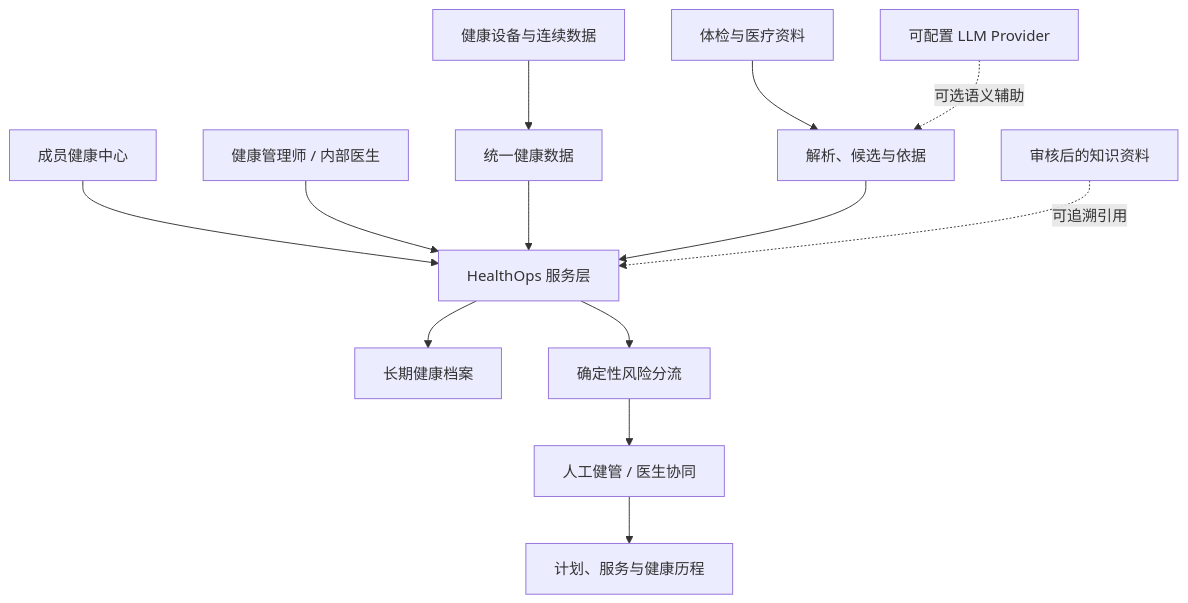
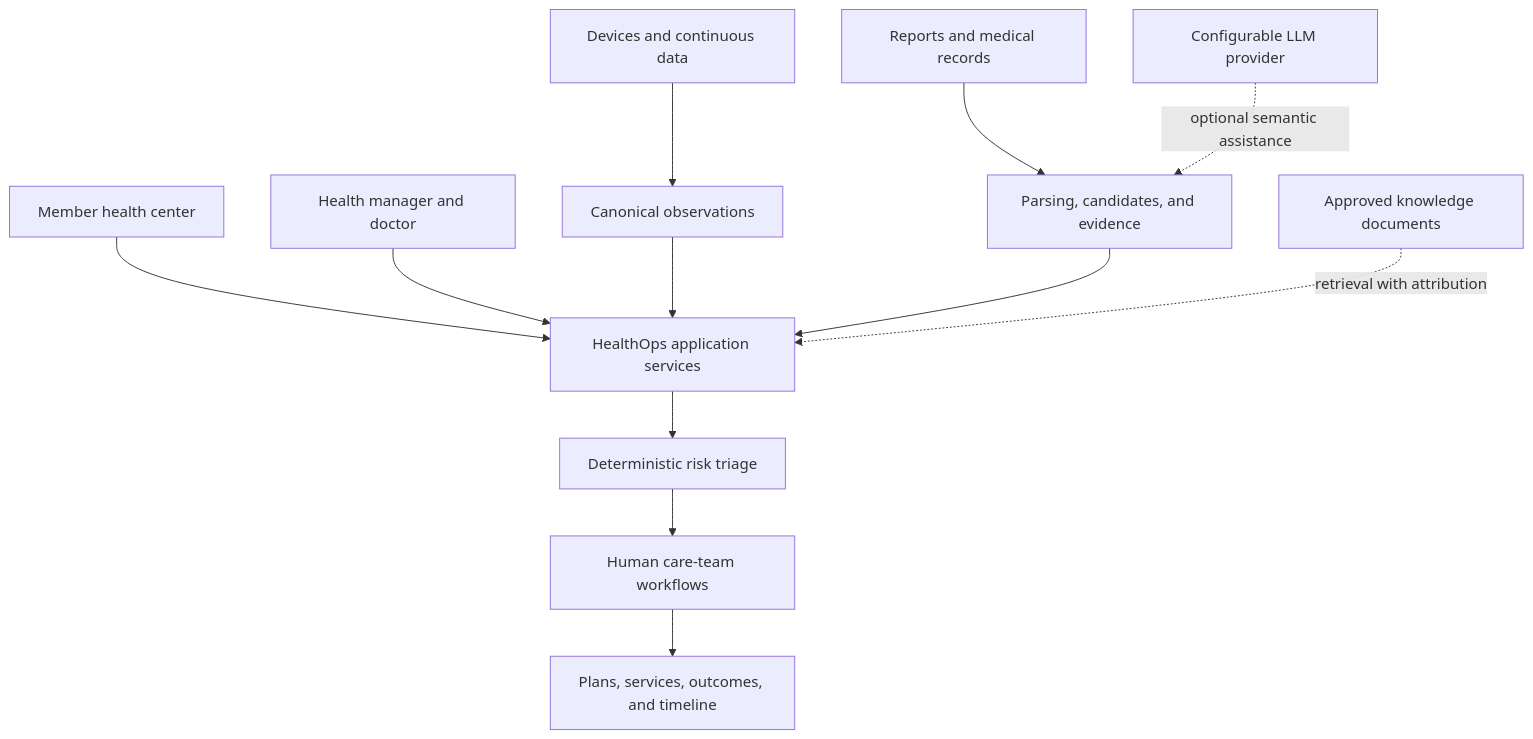
Before and after one commit to KaedeharaT/executive-healthops: the second of 2 diagrams in README.md, drawn with Mermaid. The commit also changed other lines of this file and 8 other files, not shown here.

Commit message:
Improve portfolio presentation and modularize HealthOps UI

````diff
--- a/README.md
+++ b/README.md
@@ -93,15 +64,14 @@
 ```mermaid
 flowchart TB
-    M[成员健康中心] --> P[HealthOps 服务层]
-    O[健康管理师 / 内部医生] --> P
-    D[健康设备与连续数据] --> C[统一健康数据]
-    R[体检与医疗资料] --> X[解析、候选与依据]
-    L[可配置 LLM Provider] -.可选语义辅助.-> X
+    M[Member health center] --> P[HealthOps application services]
+    O[Health manager and doctor] --> P
+    D[Devices and continuous data] --> C[Canonical observations]
+    R[Reports and medical records] --> X[Parsing, candidates, and evidence]
+    L[Configurable LLM provider] -.optional semantic assistance.-> X
     C --> P
     X --> P
-    P --> H[长期健康档案]
-    P --> K[确定性风险分流]
-    K --> W[人工健管 / 医生协同]
-    W --> T[计划、服务与健康历程]
-    N[审核后的知识资料] -.可追溯引用.-> P
+    P --> K[Deterministic risk triage]
+    K --> W[Human care-team workflows]
+    W --> T[Plans, services, outcomes, and timeline]
+    N[Approved knowledge documents] -.retrieval with attribution.-> P
 ```
````
